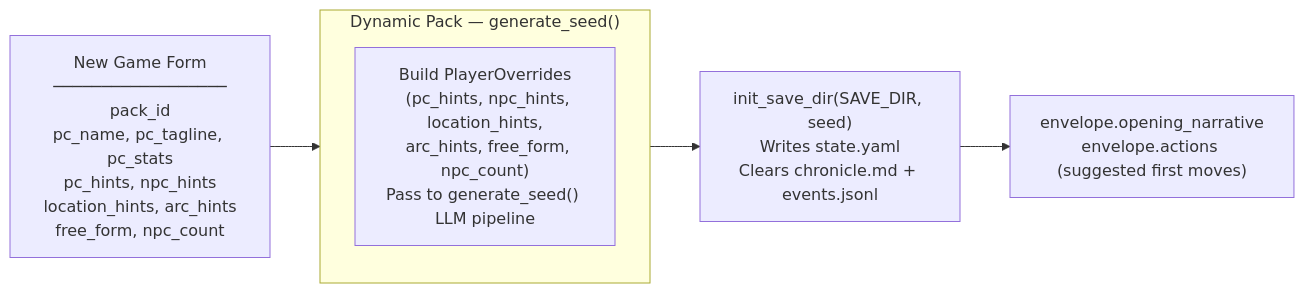
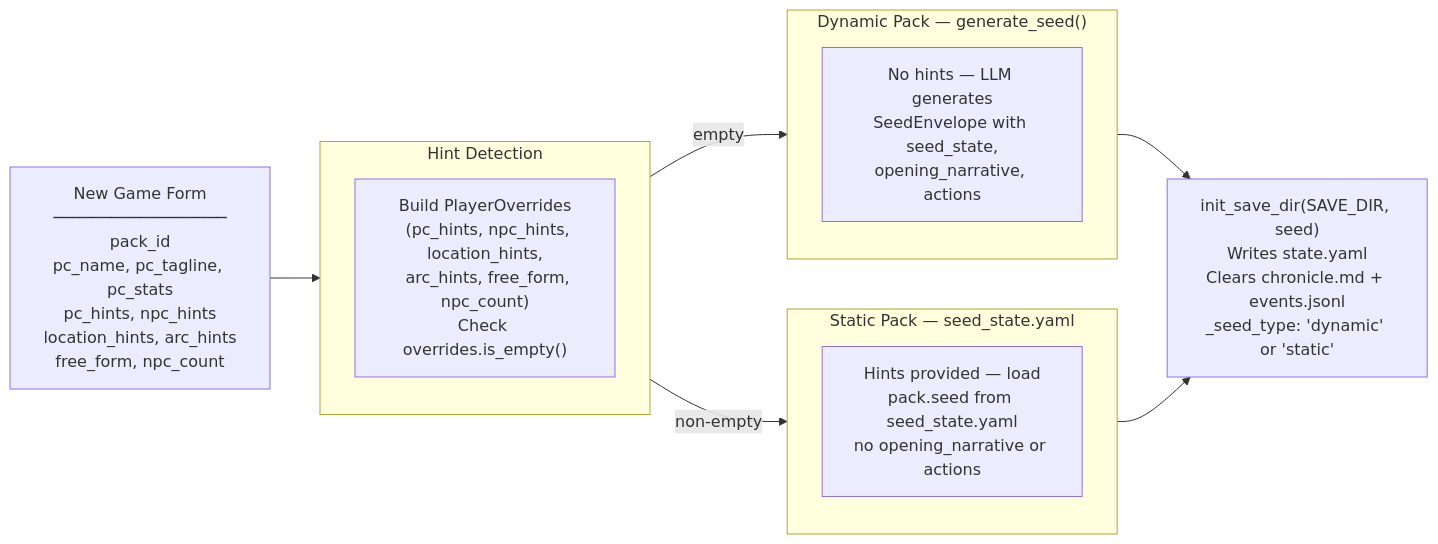
One commit to pww217/fablethread changed the first of 2 diagrams in docs/architecture/out-of-band.md. Above: the diagram before and after it, drawn with Mermaid. The commit also changed other lines of this file and 5 other files, not shown here.

````diff
--- a/docs/architecture/out-of-band.md
+++ b/docs/architecture/out-of-band.md
@@ -9,16 +9,24 @@
 ```mermaid
 flowchart LR
     FORM["New Game Form<br>──────────────────<br>pack_id<br>pc_name, pc_tagline, pc_stats<br>pc_hints, npc_hints<br>location_hints, arc_hints<br>free_form, npc_count"]
 
-    subgraph DYNAMIC["Dynamic Pack — generate_seed()"]
-        DS["Build PlayerOverrides<br>  (pc_hints, npc_hints, location_hints,<br>  arc_hints, free_form, npc_count)<br>Pass to generate_seed() LLM pipeline"]
+    subgraph CHECK["Hint Detection"]
+        H["Build PlayerOverrides<br>  (pc_hints, npc_hints, location_hints,<br>  arc_hints, free_form, npc_count)<br>Check overrides.is_empty()"]
     end
 
-    INIT["init_save_dir(SAVE_DIR, seed)<br>Writes state.yaml<br>Clears chronicle.md + events.jsonl"]
+    subgraph DYNAMIC["Dynamic Pack — generate_seed()"]
+        DS["No hints — LLM generates<br>SeedEnvelope with seed_state,<br>opening_narrative, actions"]
+    end
 
-    OPENING["envelope.opening_narrative<br>envelope.actions (suggested first moves)"]
+    subgraph STATIC["Static Pack — seed_state.yaml"]
+        SS["Hints provided — load<br>pack.seed from seed_state.yaml<br>no opening_narrative or actions"]
+    end
 
-    FORM --> DYNAMIC
+    INIT["init_save_dir(SAVE_DIR, seed)<br>Writes state.yaml<br>Clears chronicle.md + events.jsonl<br>_seed_type: 'dynamic' or 'static'"]
+
+    FORM --> CHECK
+    CHECK --> |"empty"| DYNAMIC
+    CHECK --> |"non-empty"| STATIC
     DYNAMIC --> INIT
-    INIT --> OPENING
+    STATIC --> INIT
 ```
````
